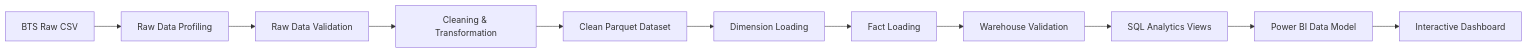
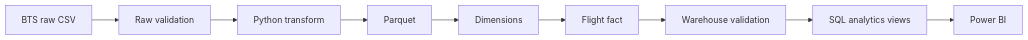
One commit to momo840505/flight-reliability-platform changed the first of 2 diagrams in README.md. Above: the diagram before and after it, drawn with Mermaid. The commit also changed other lines of this file and 21 other files, not shown here.

````diff
--- a/README.md
+++ b/README.md
@@ -270,13 +101,11 @@
 ```mermaid
 flowchart LR
-    A["BTS Raw CSV"] --> B["Raw Data Profiling"]
-    B --> C["Raw Data Validation"]
-    C --> D["Cleaning & Transformation"]
-    D --> E["Clean Parquet Dataset"]
-    E --> F["Dimension Loading"]
-    F --> G["Fact Loading"]
-    G --> H["Warehouse Validation"]
-    H --> I["SQL Analytics Views"]
-    I --> J["Power BI Data Model"]
-    J --> K["Interactive Dashboard"]
+    A[BTS raw CSV] --> B[Raw validation]
+    B --> C[Python transform]
+    C --> D[Parquet]
+    D --> E[Dimensions]
+    E --> F[Flight fact]
+    F --> G[Warehouse validation]
+    G --> H[SQL analytics views]
+    H --> I[Power BI]
 ```
````
